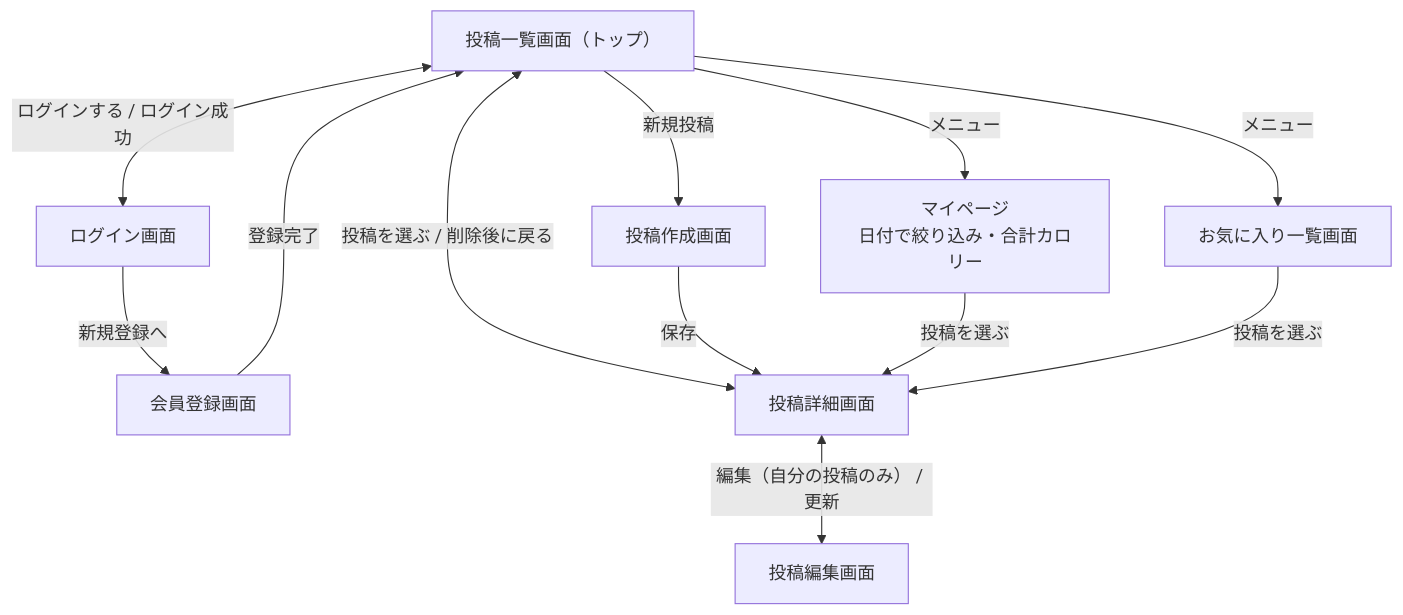
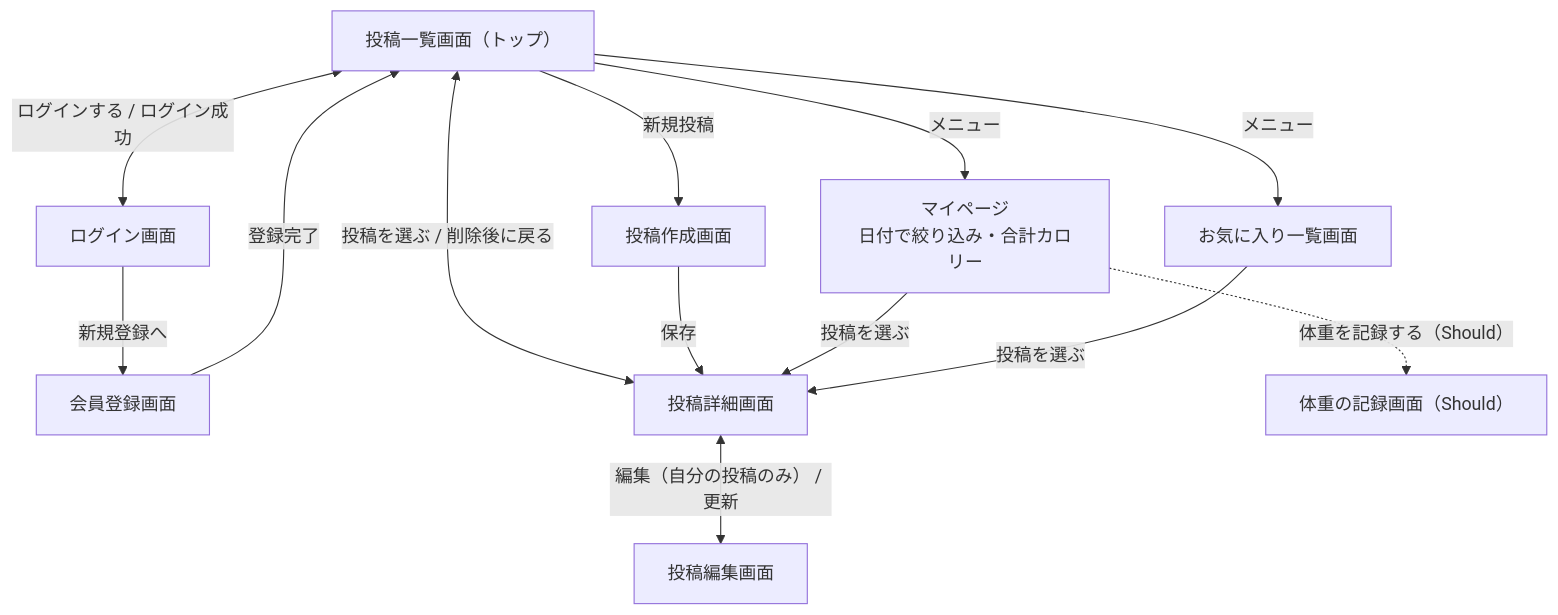
Before and after one commit to yunabuilds/gohan-log: the diagram in docs/requirements.md, drawn with Mermaid. The commit also changed other lines of this file and 5 other files, not shown here.

````diff
--- a/docs/requirements.md
+++ b/docs/requirements.md
@@ -99,25 +193,27 @@
 ```mermaid
 flowchart TD
     List["投稿一覧画面（トップ）"]
     Login["ログイン画面"]
     Register["会員登録画面"]
     Show["投稿詳細画面"]
     Create["投稿作成画面"]
     Edit["投稿編集画面"]
     MyPage["マイページ<br>日付で絞り込み・合計カロリー"]
     Fav["お気に入り一覧画面"]
+    Weight["体重の記録画面（Should）"]
 
     List <-->|"ログインする / ログイン成功"| Login
     Login -->|新規登録へ| Register
     Register -->|登録完了| List
 
     List <-->|"投稿を選ぶ / 削除後に戻る"| Show
     List -->|新規投稿| Create
     Create -->|保存| Show
     Show <-->|"編集（自分の投稿のみ） / 更新"| Edit
 
     List -->|メニュー| MyPage
     List -->|メニュー| Fav
     MyPage -->|投稿を選ぶ| Show
     Fav -->|投稿を選ぶ| Show
+    MyPage -.->|"体重を記録する（Should）"| Weight
 ```
````
